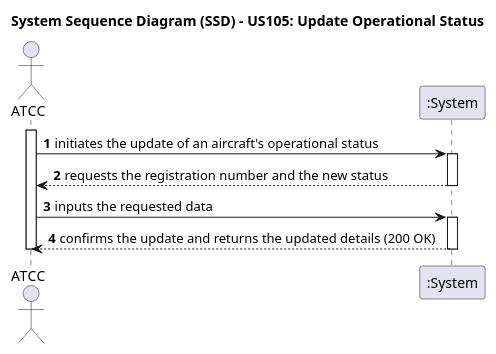
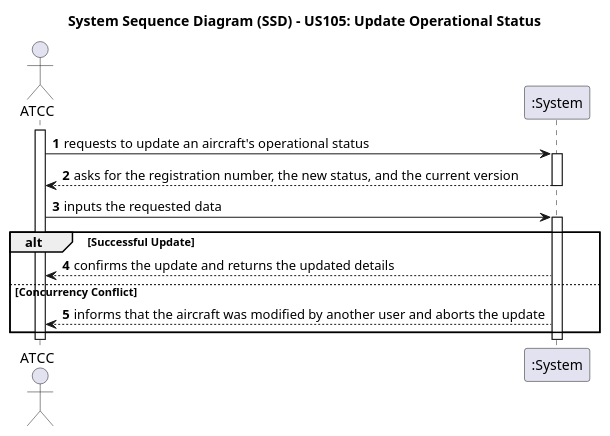
One commit to Andre-1240567/psoft2026_2DB_1240567_1241013_1240624 changed the diagram in docs/use-cases/WP#1A/US105/puml/US105-SSD.puml. Above: the diagram before and after it, drawn with PlantUML. The commit also changed 26 other files, not shown here.

```diff
--- a/docs/use-cases/WP#1A/US105/puml/US105-SSD.puml
+++ b/docs/use-cases/WP#1A/US105/puml/US105-SSD.puml
@@ -1,19 +1,26 @@
 @startuml US105-SSD
 autonumber
 title System Sequence Diagram (SSD) - US105: Update Operational Status
 
 actor "ATCC" as Actor
 participant ":System" as System
 
 activate Actor
-Actor -> System: initiates the update of an aircraft's operational status
+Actor -> System: requests to update an aircraft's operational status
 activate System
-System --> Actor: requests the registration number and the new status
+
+System --> Actor: asks for the registration number, the new status, and the current version
 deactivate System
 
 Actor -> System: inputs the requested data
 activate System
-System --> Actor: confirms the update and returns the updated details (200 OK)
+
+alt Successful Update
+    System --> Actor: confirms the update and returns the updated details
+else Concurrency Conflict
+    System --> Actor: informs that the aircraft was modified by another user and aborts the update
+end
+
 deactivate System
 deactivate Actor
 @enduml
```
